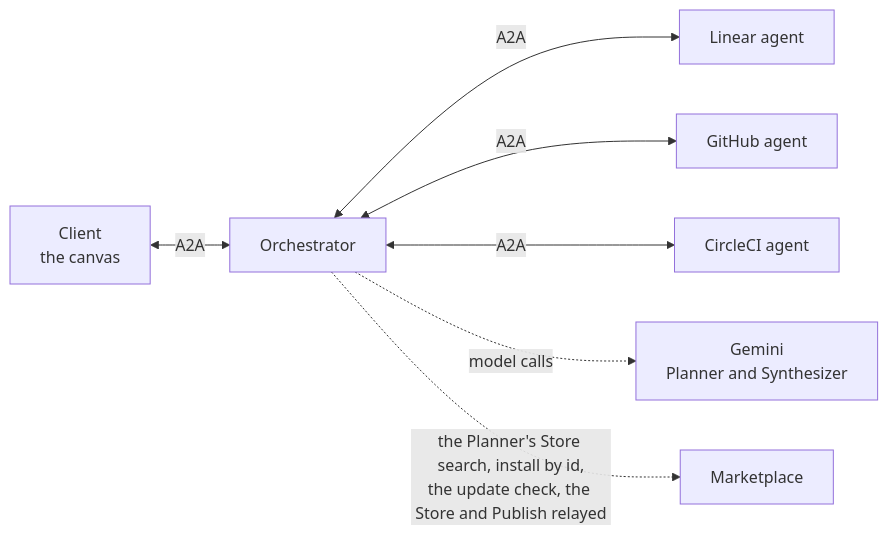
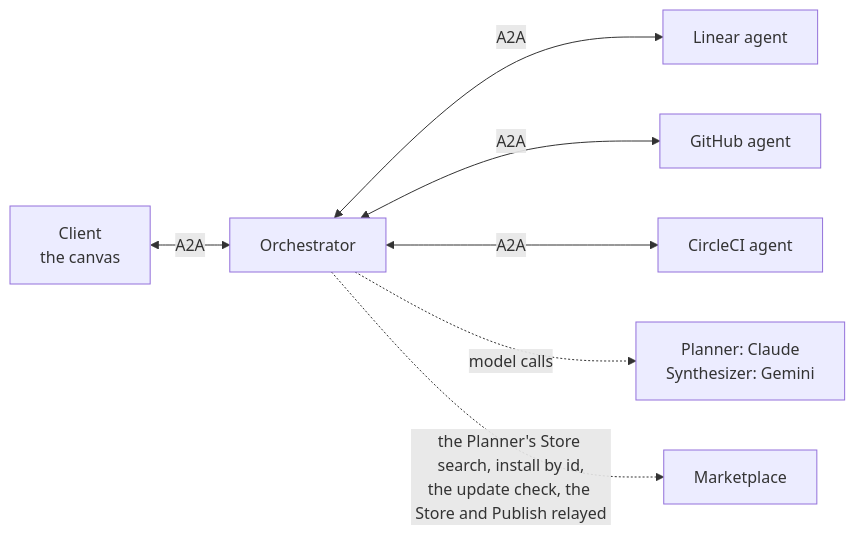
The diagram in README.md (retz8/a2uiverse), drawn with Mermaid before and after one commit. The commit also changed other lines of this file and 5 other files, not shown here.

````diff
--- a/README.md
+++ b/README.md
@@ -137,9 +138,9 @@
 ```mermaid
 flowchart LR
     C["Client<br/>the canvas"] <-->|A2A| O["Orchestrator"]
     O <-->|A2A| L["Linear agent"]
     O <-->|A2A| G["GitHub agent"]
     O <-->|A2A| CI["CircleCI agent"]
-    O -.->|model calls| M["Gemini<br/>Planner and Synthesizer"]
+    O -.->|model calls| M["Planner: Claude<br/>Synthesizer: Gemini"]
     O -.->|the Planner's Store search, install by id,<br/>the update check, the Store and Publish relayed| MK["Marketplace"]
 ```
````
